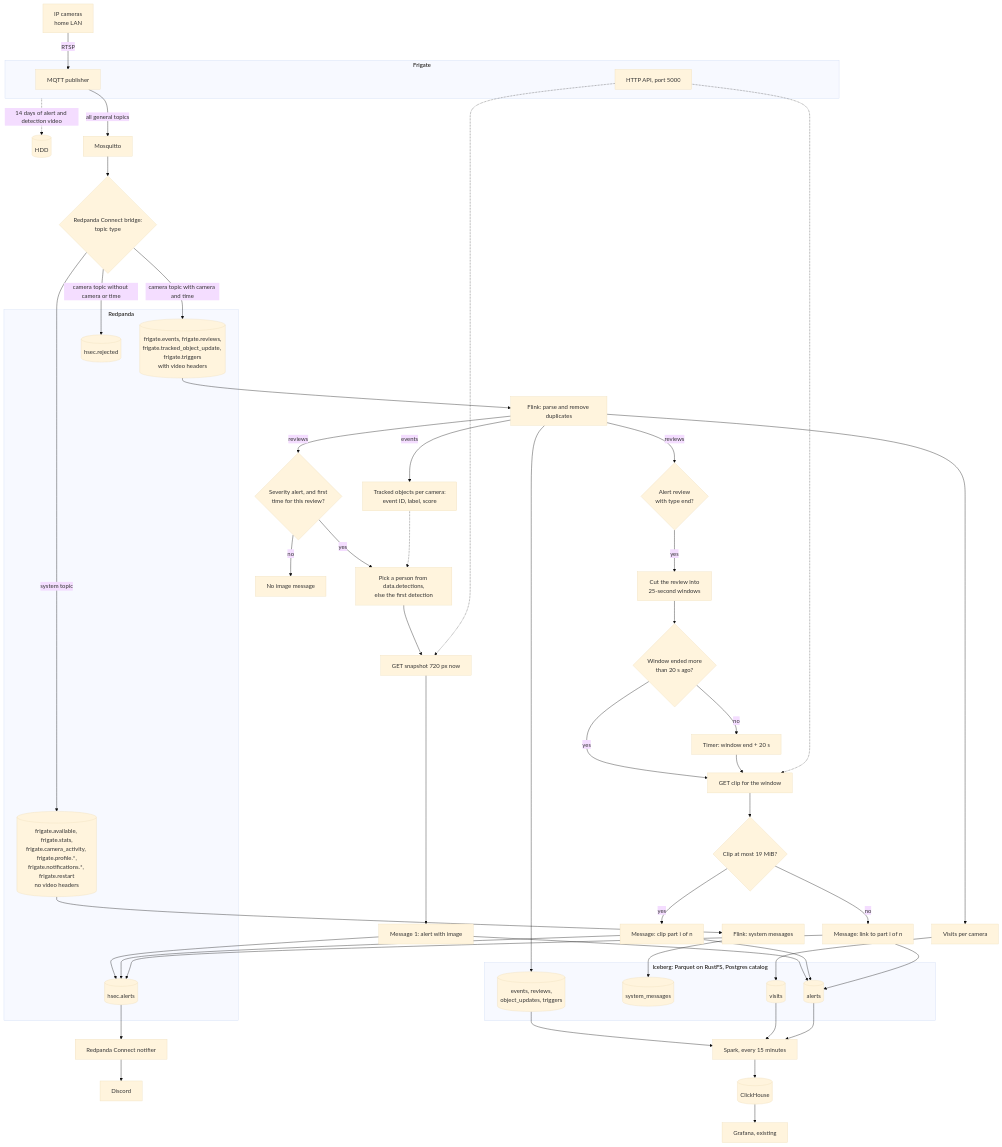
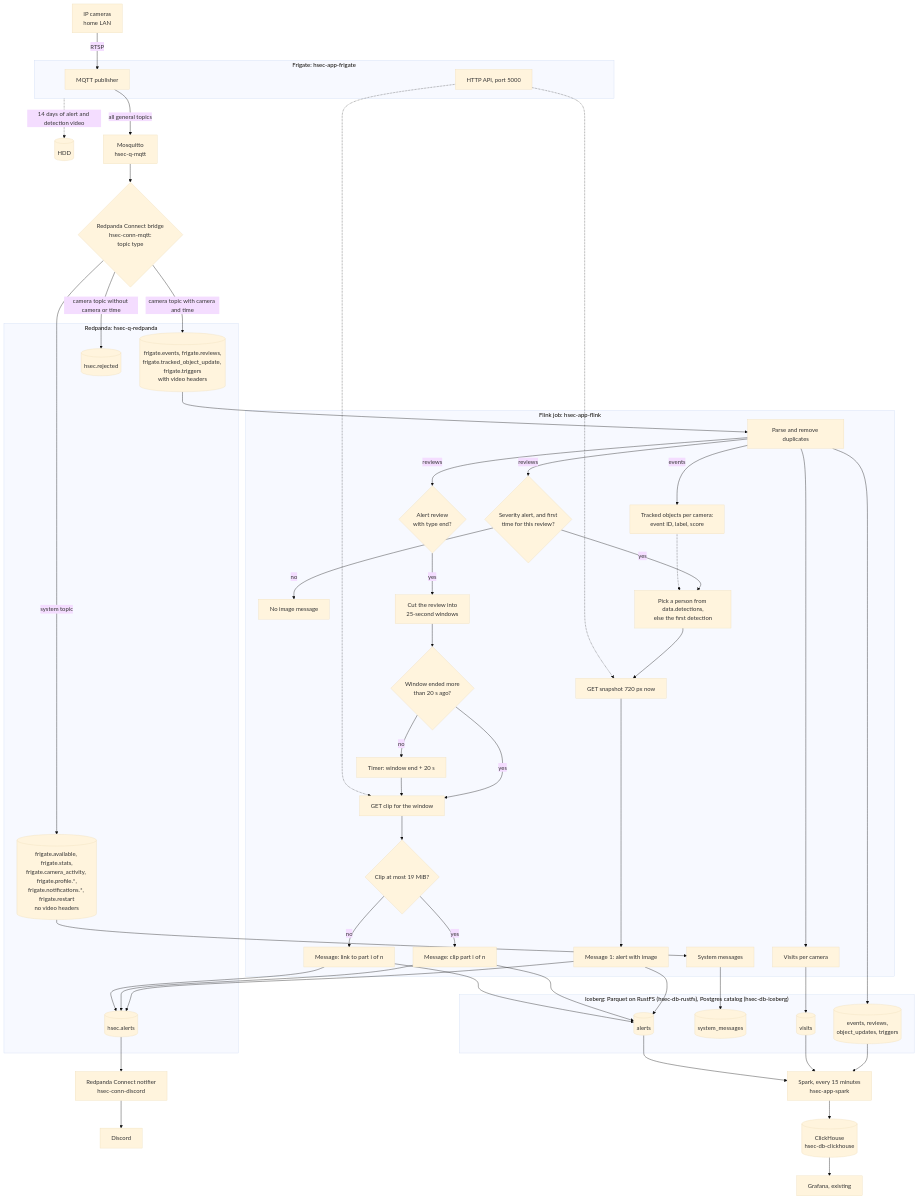
The diagram in docs/system-design.md (nglehuy/home-security), drawn with Mermaid (base theme) before and after one commit. The commit also changed other lines of this file and 13 other files, not shown here.

````diff
--- a/docs/system-design.md
+++ b/docs/system-design.md
@@ -88,51 +88,69 @@
 ```mermaid
 flowchart TB
   CAM[IP cameras<br/>home LAN] -- RTSP --> FMQ
-  subgraph FR[Frigate]
+  subgraph FR["Frigate: hsec-app-frigate"]
     FMQ[MQTT publisher]
     FAPI[HTTP API, port 5000]
   end
-  subgraph RP[Redpanda]
+  subgraph RP["Redpanda: hsec-q-redpanda"]
     RPC[(frigate.events, frigate.reviews,<br/>frigate.tracked_object_update, frigate.triggers<br/>with video headers)]
     RPR[(hsec.rejected)]
     RPS[(frigate.available, frigate.stats,<br/>frigate.camera_activity, frigate.profile.*,<br/>frigate.notifications.*, frigate.restart<br/>no video headers)]
     HA[(hsec.alerts)]
   end
-  subgraph ICE["Iceberg: Parquet on RustFS, Postgres catalog"]
+  subgraph ICE["Iceberg: Parquet on RustFS (hsec-db-rustfs), Postgres catalog (hsec-db-iceberg)"]
     IRAW[(events, reviews,<br/>object_updates, triggers)]
     IST[(system_messages)]
     IVIS[(visits)]
     IAL[(alerts)]
   end
+  subgraph FL["Flink job: hsec-app-flink"]
+    SM[System messages]
+    PD[Parse and remove duplicates]
+    VIS[Visits per camera]
+    OBJ[Tracked objects per camera:<br/>event ID, label, score]
+    SEV{Severity alert, and first<br/>time for this review?}
+    NOP[No image message]
+    PICK[Pick a person from data.detections,<br/>else the first detection]
+    IMG[GET snapshot 720 px now]
+    M1[Message 1: alert with image]
+    ENDQ{Alert review<br/>with type end?}
+    SPLIT[Cut the review into<br/>25-second windows]
+    READY{Window ended more<br/>than 20 s ago?}
+    TIMER[Timer: window end + 20 s]
+    CLIP[GET clip for the window]
+    SZ{Clip at most 19 MiB?}
+    M2[Message: clip part i of n]
+    M3[Message: link to part i of n]
+    PD --> VIS
+    PD -- events --> OBJ
+    PD -- reviews --> SEV
+    SEV -- no --> NOP
+    SEV -- yes --> PICK
+    OBJ -.-> PICK
+    PICK --> IMG --> M1
+    PD -- reviews --> ENDQ
+    ENDQ -- yes --> SPLIT --> READY
+    READY -- yes --> CLIP
+    READY -- no --> TIMER --> CLIP
+    CLIP --> SZ
+    SZ -- yes --> M2
+    SZ -- no --> M3
+  end
   FR -. 14 days of alert and detection video .-> HDD[(HDD)]
-  FMQ -- all general topics --> MQ[Mosquitto]
-  MQ --> BR{Redpanda Connect bridge:<br/>topic type}
+  FMQ -- all general topics --> MQ["Mosquitto<br/>hsec-q-mqtt"]
+  MQ --> BR{"Redpanda Connect bridge<br/>hsec-conn-mqtt:<br/>topic type"}
   BR -- camera topic with camera and time --> RPC
   BR -- camera topic without camera or time --> RPR
   BR -- system topic --> RPS
-  RPS --> SM[Flink: system messages] --> IST
-  RPC --> PD[Flink: parse and remove duplicates]
+  RPS --> SM --> IST
+  RPC --> PD
   PD --> IRAW
-  PD --> VIS[Visits per camera] --> IVIS
-  PD -- events --> OBJ[Tracked objects per camera:<br/>event ID, label, score]
-  PD -- reviews --> SEV{Severity alert, and first<br/>time for this review?}
-  SEV -- no --> NOP[No image message]
-  SEV -- yes --> PICK[Pick a person from data.detections,<br/>else the first detection]
-  OBJ -.-> PICK
-  PICK --> IMG[GET snapshot 720 px now]
+  VIS --> IVIS
   FAPI -.-> IMG
-  IMG --> M1[Message 1: alert with image]
-  PD -- reviews --> ENDQ{Alert review<br/>with type end?}
-  ENDQ -- yes --> SPLIT[Cut the review into<br/>25-second windows]
-  SPLIT --> READY{Window ended more<br/>than 20 s ago?}
-  READY -- yes --> CLIP[GET clip for the window]
-  READY -- no --> TIMER[Timer: window end + 20 s] --> CLIP
   FAPI -.-> CLIP
-  CLIP --> SZ{Clip at most 19 MiB?}
-  SZ -- yes --> M2[Message: clip part i of n]
-  SZ -- no --> M3[Message: link to part i of n]
   M1 & M2 & M3 --> HA
   M1 & M2 & M3 --> IAL
-  HA --> NT[Redpanda Connect notifier] --> DC[Discord]
-  IRAW & IVIS & IAL --> SP[Spark, every 15 minutes] --> CH[(ClickHouse)] --> GF[Grafana, existing]
+  HA --> NT["Redpanda Connect notifier<br/>hsec-conn-discord"] --> DC[Discord]
+  IRAW & IVIS & IAL --> SP["Spark, every 15 minutes<br/>hsec-app-spark"] --> CH[("ClickHouse<br/>hsec-db-clickhouse")] --> GF[Grafana, existing]
 ```
````
